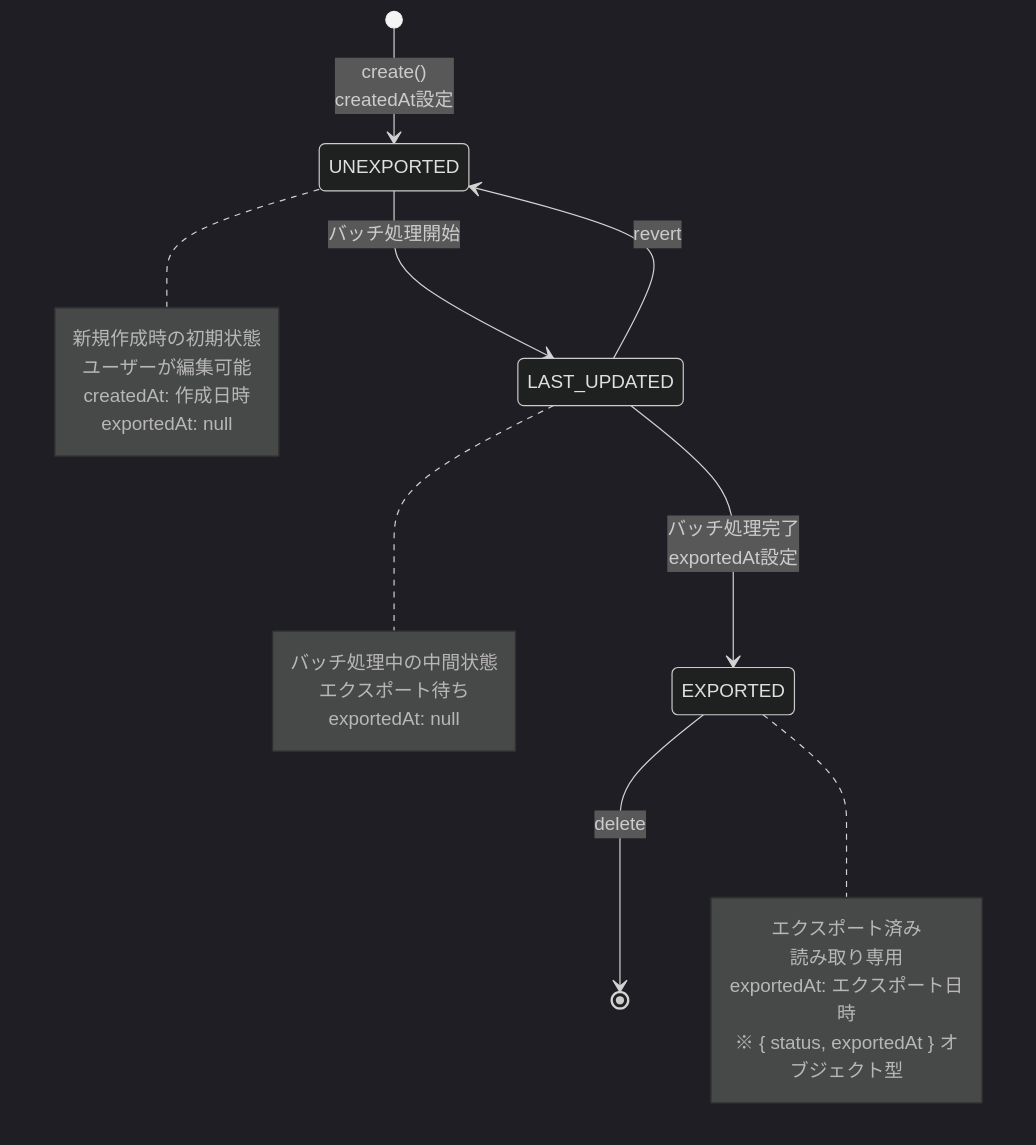
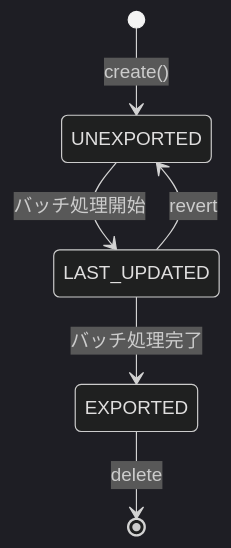
The third of 5 diagrams in docs/domain-model.md (s-hirano-ist/s-private), drawn with Mermaid (dark theme) before and after one commit. The commit also changed other lines of this file and 5 other files, not shown here.

Commit message:
Remove domain classes diagram and related documentation; refactor domain model documentation for clarity and structure; delete obsolete DI container proposal document.

````diff
--- a/docs/domain-model.md
+++ b/docs/domain-model.md
@@ -196,28 +174,8 @@
 ```mermaid
 stateDiagram-v2
-    [*] --> UNEXPORTED : create()<br/>createdAt設定
+    [*] --> UNEXPORTED : create()
     UNEXPORTED --> LAST_UPDATED : バッチ処理開始
-    LAST_UPDATED --> EXPORTED : バッチ処理完了<br/>exportedAt設定
+    LAST_UPDATED --> EXPORTED : バッチ処理完了
     LAST_UPDATED --> UNEXPORTED : revert
     EXPORTED --> [*] : delete
-
-    note right of UNEXPORTED
-        新規作成時の初期状態
-        ユーザーが編集可能
-        createdAt: 作成日時
-        exportedAt: null
-    end note
-
-    note right of LAST_UPDATED
-        バッチ処理中の中間状態
-        エクスポート待ち
-        exportedAt: null
-    end note
-
-    note right of EXPORTED
-        エクスポート済み
-        読み取り専用
-        exportedAt: エクスポート日時
-        ※ { status, exportedAt } オブジェクト型
-    end note
 ```
````
